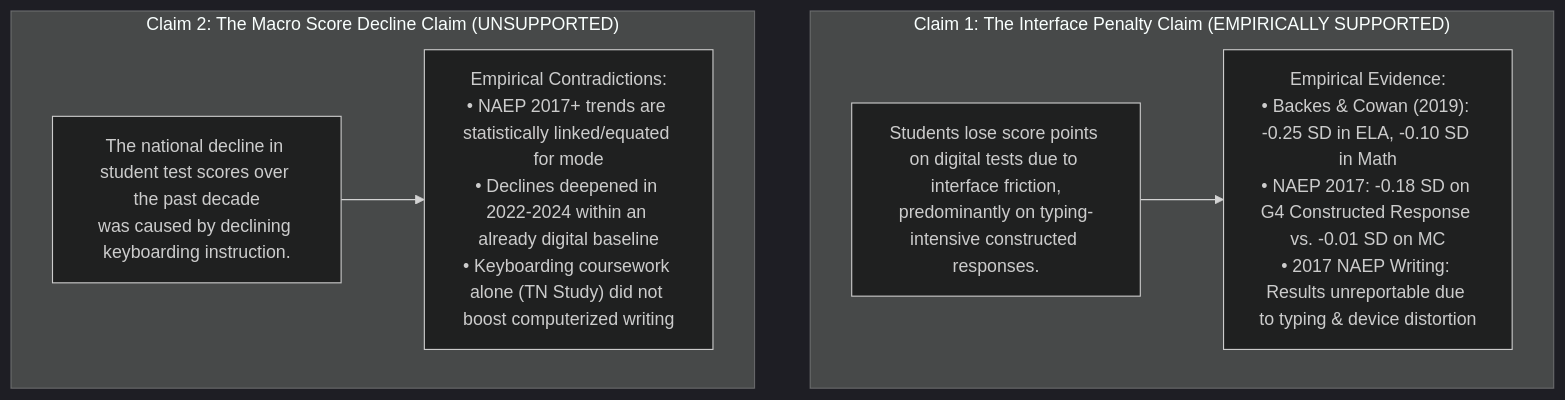
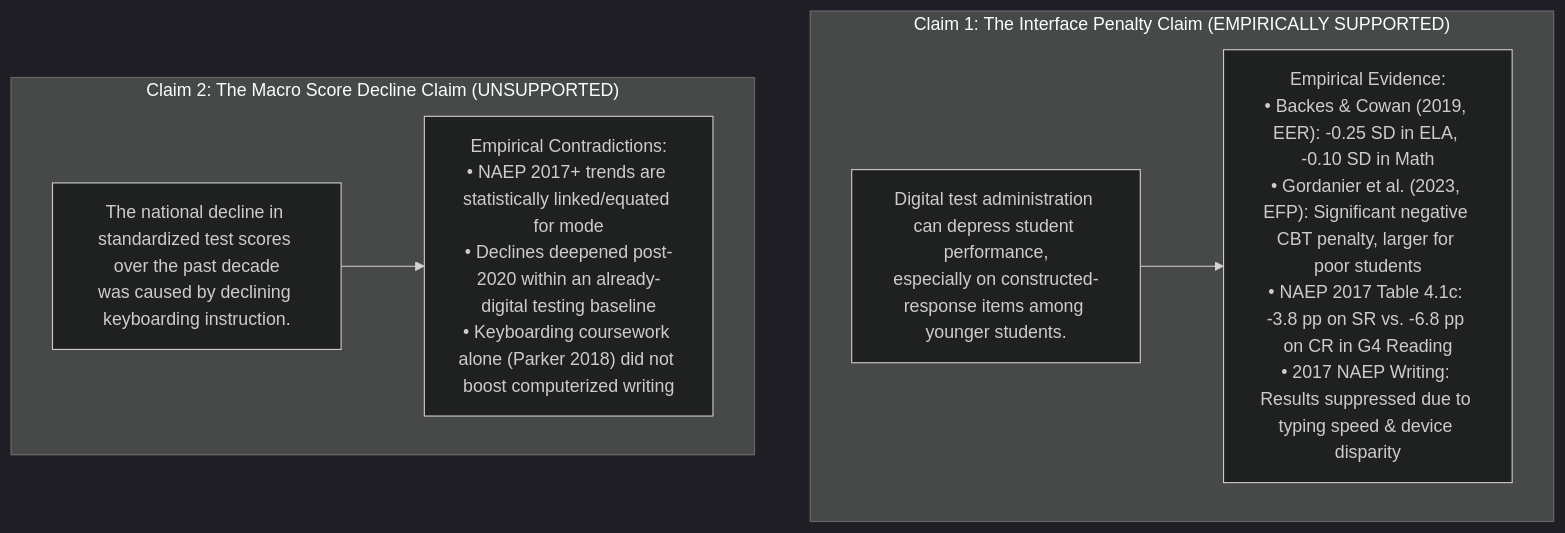
The diagram in 2026/2026-10-09-keyboarding-mode-effects/README.md (admiralorbiter/computational-sketchbook), drawn with Mermaid (dark theme) before and after one commit. The commit also changed other lines of this file and 35 other files, not shown here.

Commit message:
fix(2026-10-09-keyboarding-mode-effects): audit source fidelity, reconcile NAEP units, correct literature citations, and calibrate claims

````diff
--- a/2026/2026-10-09-keyboarding-mode-effects/README.md
+++ b/2026/2026-10-09-keyboarding-mode-effects/README.md
@@ -22,14 +25,14 @@
 ```mermaid
 flowchart TD
     subgraph Claim1["Claim 1: The Interface Penalty Claim (EMPIRICALLY SUPPORTED)"]
-        C1["Students lose score points on digital tests due to interface friction,\npredominantly on typing-intensive constructed responses."]
-        E1["Empirical Evidence:\n• Backes & Cowan (2019): -0.25 SD in ELA, -0.10 SD in Math\n• NAEP 2017: -0.18 SD on G4 Constructed Response vs. -0.01 SD on MC\n• 2017 NAEP Writing: Results unreportable due to typing & device distortion"]
+        C1["Digital test administration can depress student performance,\nespecially on constructed-response items among younger students."]
+        E1["Empirical Evidence:\n• Backes & Cowan (2019, EER): -0.25 SD in ELA, -0.10 SD in Math\n• Gordanier et al. (2023, EFP): Significant negative CBT penalty, larger for poor students\n• NAEP 2017 Table 4.1c: -3.8 pp on SR vs. -6.8 pp on CR in G4 Reading\n• 2017 NAEP Writing: Results suppressed due to typing speed & device disparity"]
         C1 --> E1
     end
 
     subgraph Claim2["Claim 2: The Macro Score Decline Claim (UNSUPPORTED)"]
-        C2["The national decline in student test scores over the past decade\nwas caused by declining keyboarding instruction."]
-        E2["Empirical Contradictions:\n• NAEP 2017+ trends are statistically linked/equated for mode\n• Declines deepened in 2022-2024 within an already digital baseline\n• Keyboarding coursework alone (TN Study) did not boost computerized writing"]
+        C2["The national decline in standardized test scores over the past decade\nwas caused by declining keyboarding instruction."]
+        E2["Empirical Contradictions:\n• NAEP 2017+ trends are statistically linked/equated for mode\n• Declines deepened post-2020 within an already-digital testing baseline\n• Keyboarding coursework alone (Parker 2018) did not boost computerized writing"]
         C2 --> E2
     end
 ```
````
